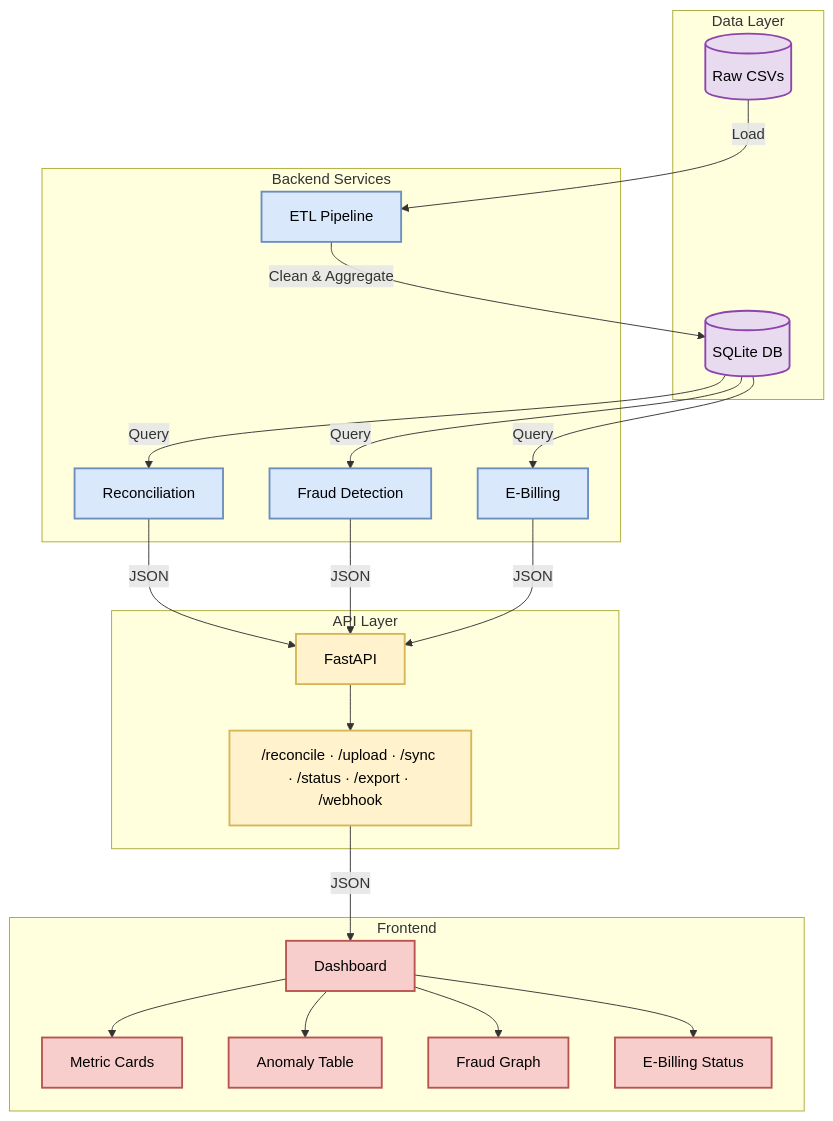
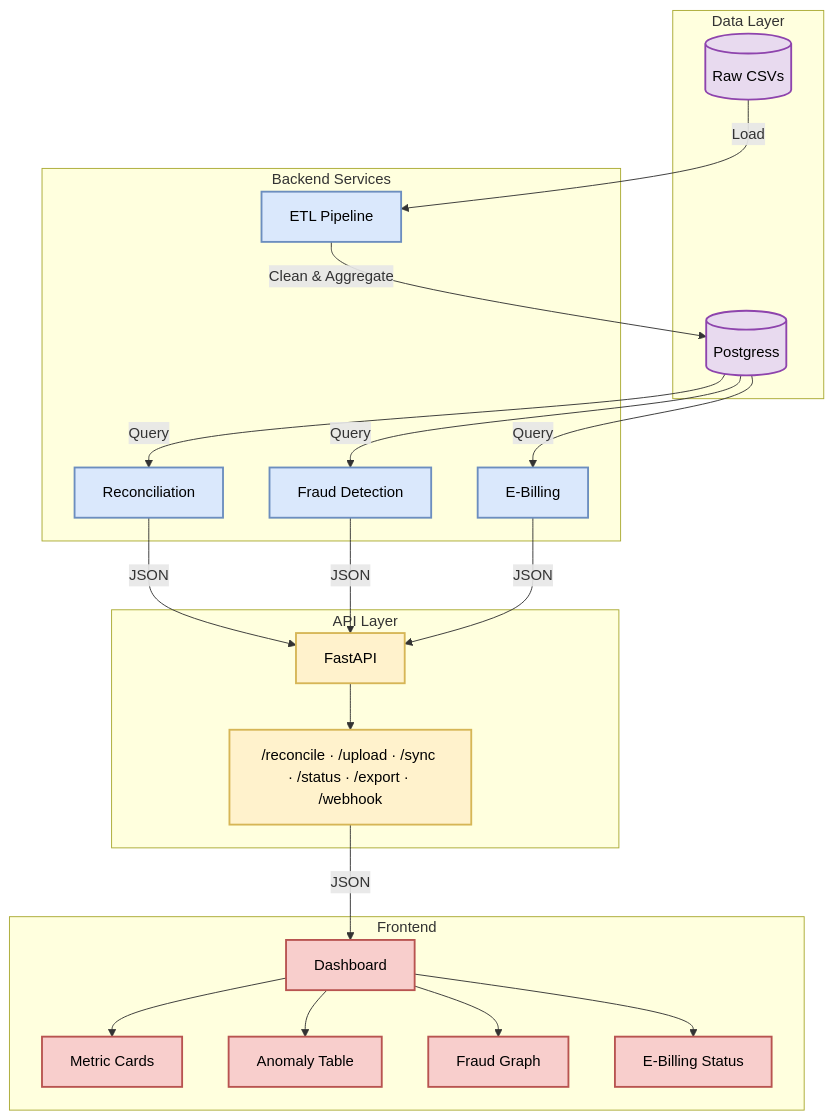
Before and after one commit to TristanBrian/revenue-assurance: the diagram in README.md, drawn with Mermaid. The commit also changed other lines of this file and 2 other files, not shown here.

````diff
--- a/README.md
+++ b/README.md
@@ -18,54 +18,54 @@
 ```mermaid
 graph TD
     subgraph Data_Layer["Data Layer"]
         CSV[("Raw CSVs")]
-        DB[("SQLite DB")]
+        DB[("Postgress")]
     end
 
     subgraph Service_Layer["Backend Services"]
         ETL["ETL Pipeline"]
         Recon["Reconciliation"]
         Fraud["Fraud Detection"]
         EBill["E-Billing"]
     end
 
     subgraph API_Layer["API Layer"]
         API["FastAPI"]
         Routes["/reconcile · /upload · /sync · /status · /export · /webhook"]
     end
 
     subgraph UI_Layer["Frontend"]
         Dashboard["Dashboard"]
         Cards["Metric Cards"]
         Table["Anomaly Table"]
         Graph["Fraud Graph"]
         EBillUI["E-Billing Status"]
     end
 
     CSV -->|Load| ETL
     ETL -->|Clean & Aggregate| DB
     DB -->|Query| Recon
     DB -->|Query| Fraud
     DB -->|Query| EBill
 
     Recon -->|JSON| API
     Fraud -->|JSON| API
     EBill -->|JSON| API
     API --> Routes
 
     Routes -->|JSON| Dashboard
     Dashboard --> Cards
     Dashboard --> Table
     Dashboard --> Graph
     Dashboard --> EBillUI
 
     classDef data fill:#e8daef,stroke:#8e44ad,stroke-width:2px,color:#000
     classDef service fill:#dae8fc,stroke:#6c8ebf,stroke-width:2px,color:#000
     classDef api fill:#fff2cc,stroke:#d6b656,stroke-width:2px,color:#000
     classDef ui fill:#f8cecc,stroke:#b85450,stroke-width:2px,color:#000
 
     class CSV,DB data
     class ETL,Recon,Fraud,EBill service
     class API,Routes api
     class Dashboard,Cards,Table,Graph,EBillUI ui
 ```
````
